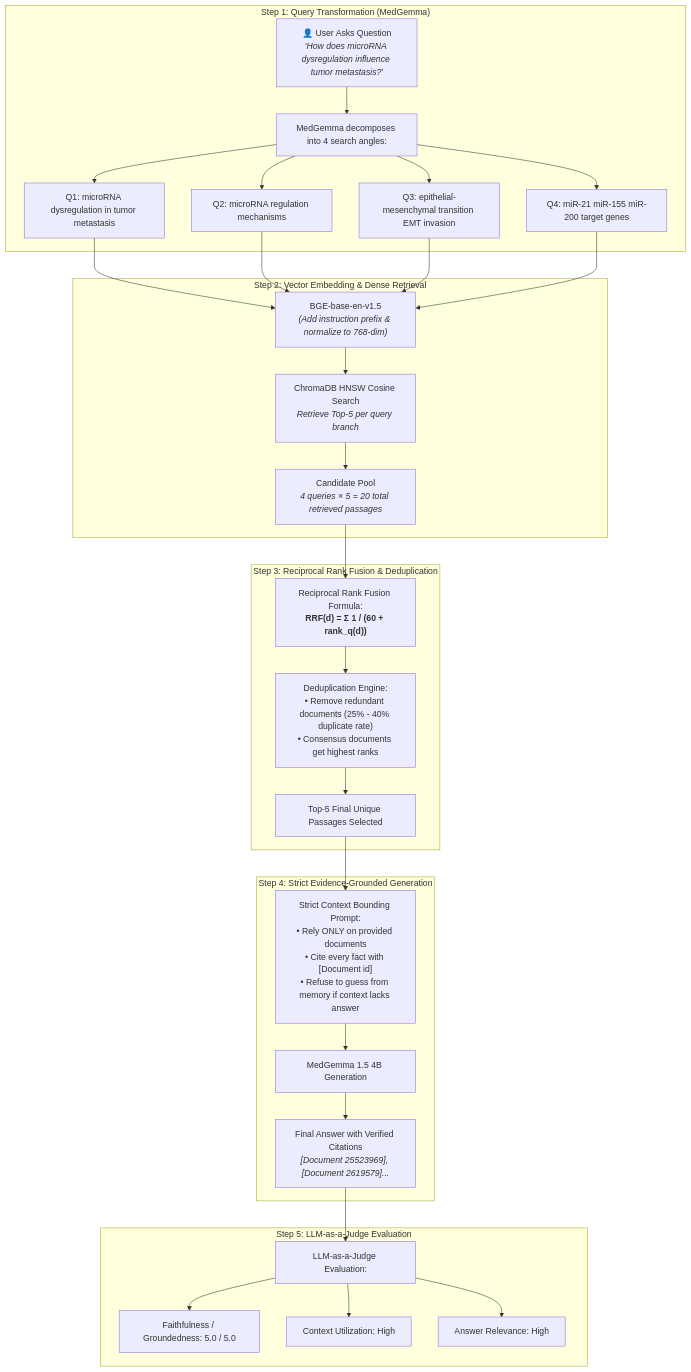
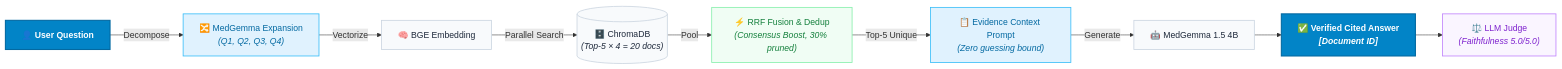
One commit to 9046balaji/Retrieval-Augmented-Generation-RAG- changed the second of 3 diagrams in README.md. Above: the diagram before and after it, drawn with Mermaid. The commit also changed other lines of this file, not shown here.

Commit message:
docs: embed SVG diagrams and update Mermaid flowcharts to matching horizontal design

````diff
--- a/README.md
+++ b/README.md
@@ -69,37 +78,24 @@
 ```mermaid
-flowchart TD
-    UserQ["👤 User Asks Question<br><i>'How does microRNA dysregulation influence tumor metastasis?'</i>"]
-    
-    subgraph Step1["Step 1: Query Transformation (MedGemma)"]
-        UserQ --> LLMQ["MedGemma decomposes into 4 search angles:"]
-        LLMQ --> Q1["Q1: microRNA dysregulation in tumor metastasis"]
-        LLMQ --> Q2["Q2: microRNA regulation mechanisms"]
-        LLMQ --> Q3["Q3: epithelial-mesenchymal transition EMT invasion"]
-        LLMQ --> Q4["Q4: miR-21 miR-155 miR-200 target genes"]
-    end
+flowchart LR
+    direction LR
+    Q0["👤 User Question"] -->|Decompose| MQ["🔀 MedGemma Expansion<br><i>(Q1, Q2, Q3, Q4)</i>"]
+    MQ -->|Vectorize| EMB["🧠 BGE Embedding"]
+    EMB -->|Parallel Search| CDB[("🗄️ ChromaDB<br><i>(Top-5 × 4 = 20 docs)</i>")]
+    CDB -->|Pool| RRF["⚡ RRF Fusion &amp; Dedup<br><i>(Consensus Boost, 30% pruned)</i>"]
+    RRF -->|Top-5 Unique| CTX["📋 Evidence Context Prompt<br><i>(Zero guessing bound)</i>"]
+    CTX -->|Generate| GEN["🤖 MedGemma 1.5 4B"]
+    GEN --> ANS["✅ Verified Cited Answer<br><i>[Document ID]</i>"]
+    ANS --> JUDGE["⚖️ LLM Judge<br><i>(Faithfulness 5.0/5.0)</i>"]
 
-    subgraph Step2["Step 2: Vector Embedding & Dense Retrieval"]
-        Q1 & Q2 & Q3 & Q4 --> Embed["BGE-base-en-v1.5<br><i>(Add instruction prefix & normalize to 768-dim)</i>"]
-        Embed --> ChromaSearch["ChromaDB HNSW Cosine Search<br><i>Retrieve Top-5 per query branch</i>"]
-        ChromaSearch --> Pool["Candidate Pool<br><i>4 queries × 5 = 20 total retrieved passages</i>"]
-    end
+    classDef userCard fill:#0284c7,stroke:#0369a1,stroke-width:2px,color:#ffffff,font-weight:bold;
+    classDef blueCard fill:#e0f2fe,stroke:#38bdf8,stroke-width:1.5px,color:#0369a1;
+    classDef greenCard fill:#f0fdf4,stroke:#86efac,stroke-width:1.5px,color:#15803d;
+    classDef purpleCard fill:#faf5ff,stroke:#c084fc,stroke-width:1.5px,color:#7e22ce;
+    classDef neutralCard fill:#f8fafc,stroke:#cbd5e1,stroke-width:1.5px,color:#1e293b;
 
-    subgraph Step3["Step 3: Reciprocal Rank Fusion & Deduplication"]
-        Pool --> RRF["Reciprocal Rank Fusion Formula:<br><b>RRF(d) = Σ 1 / (60 + rank_q(d))</b>"]
-        RRF --> Dedup["Deduplication Engine:<br>• Remove redundant documents (25% - 40% duplicate rate)<br>• Consensus documents get highest ranks"]
-        Dedup --> TopDocs["Top-5 Final Unique Passages Selected"]
-    end
-
-    subgraph Step4["Step 4: Strict Evidence-Grounded Generation"]
-        TopDocs --> Prompt["Strict Context Bounding Prompt:<br>• Rely ONLY on provided documents<br>• Cite every fact with [Document id]<br>• Refuse to guess from memory if context lacks answer"]
-        Prompt --> MedGemma["MedGemma 1.5 4B Generation"]
-        MedGemma --> FinalAnswer["Final Answer with Verified Citations<br><i>[Document 25523969], [Document 2619579]...</i>"]
-    end
-
-    subgraph Step5["Step 5: LLM-as-a-Judge Evaluation"]
-        FinalAnswer --> JudgeModel["LLM-as-a-Judge Evaluation:"]
-        JudgeModel --> S1["Faithfulness / Groundedness: 5.0 / 5.0"]
-        JudgeModel --> S2["Context Utilization: High"]
-        JudgeModel --> S3["Answer Relevance: High"]
-    end
+    class Q0,ANS userCard;
+    class MQ,CTX blueCard;
+    class RRF greenCard;
+    class JUDGE purpleCard;
+    class EMB,CDB,GEN neutralCard;
 ```
````
